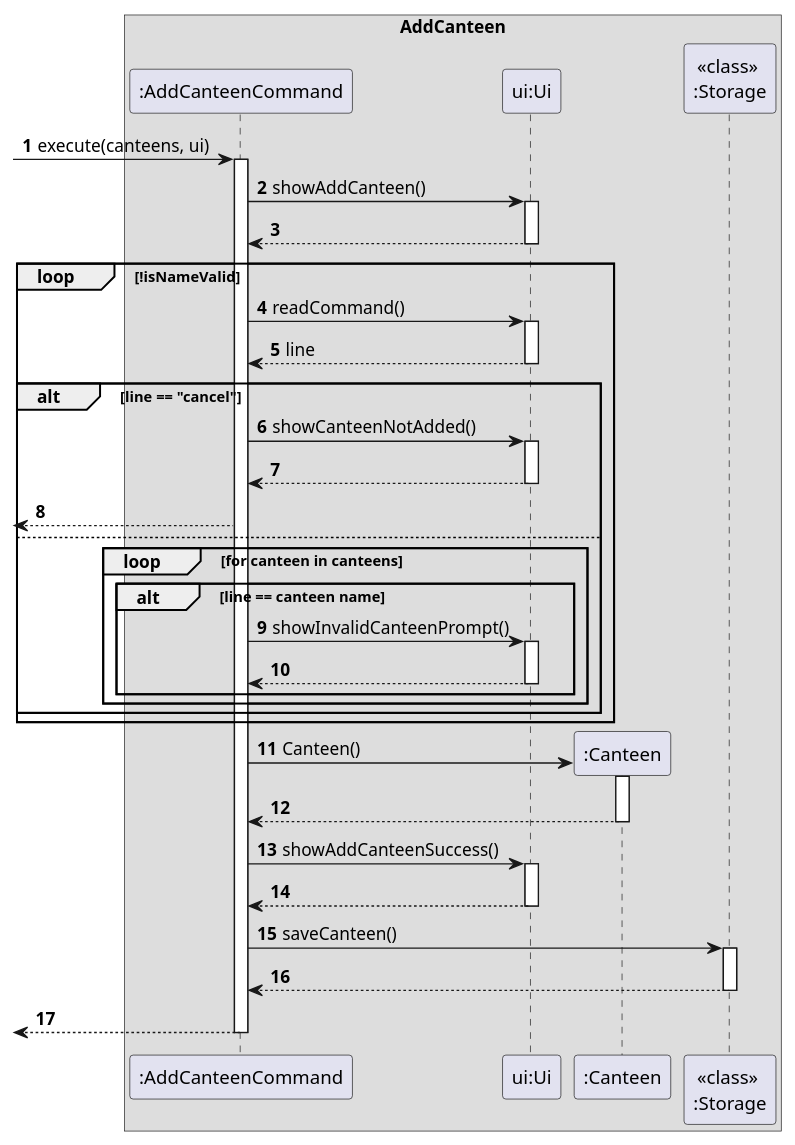
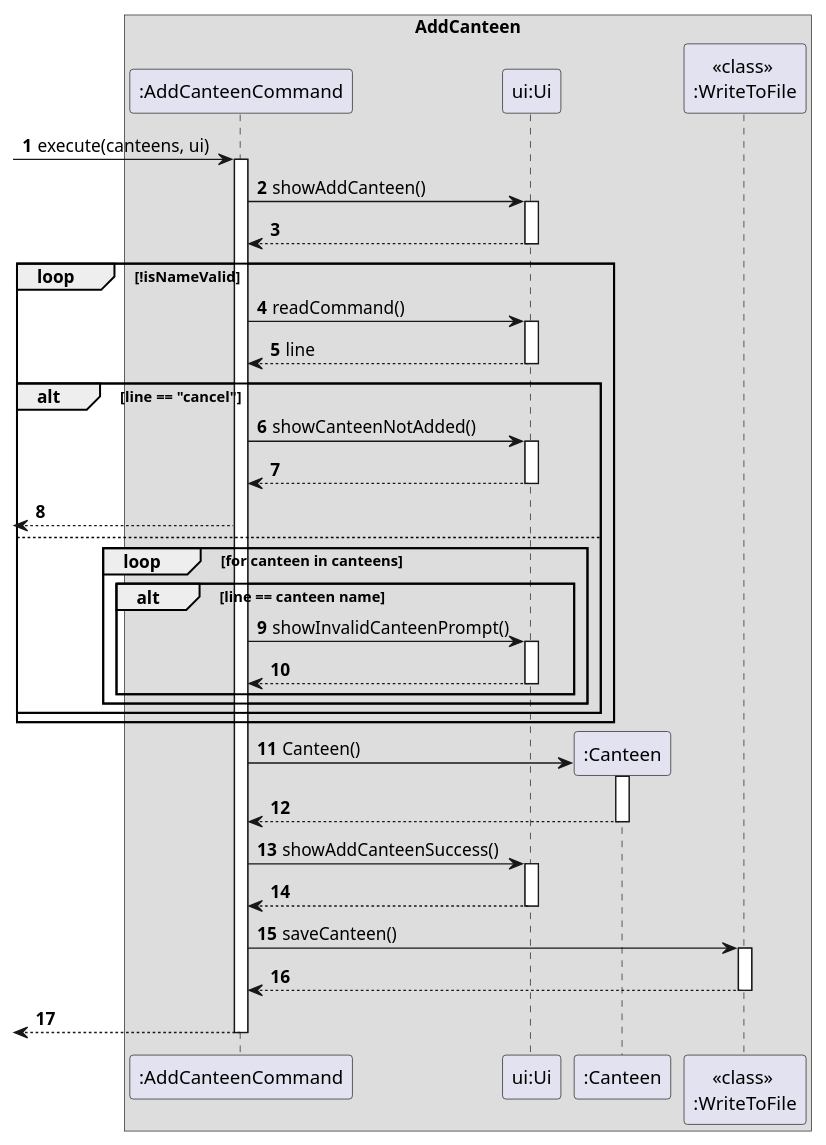
Before and after one commit to nus-cs2113-AY2021S2/tp: the diagram in docs/PlantUML/AddCanteen.puml, drawn with PlantUML. The commit also changed 7 other files, not shown here.

```diff
--- a/docs/PlantUML/AddCanteen.puml
+++ b/docs/PlantUML/AddCanteen.puml
@@ -1,58 +1,58 @@
 @startuml
 'https://plantuml.com/sequence-diagram
 
 autonumber
 box AddCanteen
 
 ->":AddCanteenCommand" : execute(canteens, ui)
 activate ":AddCanteenCommand"
 
 ":AddCanteenCommand" -> "ui:Ui" : showAddCanteen()
 activate "ui:Ui"
 "ui:Ui" --> ":AddCanteenCommand"
 deactivate "ui:Ui"
 
 loop !isNameValid
     ":AddCanteenCommand" -> "ui:Ui" : readCommand()
     activate "ui:Ui"
     "ui:Ui" --> ":AddCanteenCommand" : line
     deactivate "ui:Ui"
 
     alt line == "cancel"
     ":AddCanteenCommand" -> "ui:Ui" : showCanteenNotAdded()
     activate "ui:Ui"
     "ui:Ui" --> ":AddCanteenCommand"
     deactivate "ui:Ui"
     <-- ":AddCanteenCommand"
 
     else
         loop for canteen in canteens
             alt line == canteen name
             ":AddCanteenCommand" -> "ui:Ui" : showInvalidCanteenPrompt()
             activate "ui:Ui"
             "ui:Ui" --> ":AddCanteenCommand"
             deactivate "ui:Ui"
             end
         end
     end
 end
 
 create ":Canteen"
 ":AddCanteenCommand" -> ":Canteen" : Canteen()
 activate ":Canteen"
 ":Canteen" --> ":AddCanteenCommand"
 deactivate ":Canteen"
 
 ":AddCanteenCommand" -> "ui:Ui" : showAddCanteenSuccess()
 activate "ui:Ui"
 "ui:Ui" --> ":AddCanteenCommand"
 deactivate "ui:Ui"
 
-":AddCanteenCommand" -> "<<class>> \n:Storage" : saveCanteen()
-activate "<<class>> \n:Storage"
-"<<class>> \n:Storage" --> ":AddCanteenCommand"
-deactivate "<<class>> \n:Storage"
+":AddCanteenCommand" -> "<<class>> \n:WriteToFile" : saveCanteen()
+activate "<<class>> \n:WriteToFile"
+"<<class>> \n:WriteToFile" --> ":AddCanteenCommand"
+deactivate "<<class>> \n:WriteToFile"
 
 <-- ":AddCanteenCommand"
 deactivate ":AddCanteenCommand"
 @enduml
```
